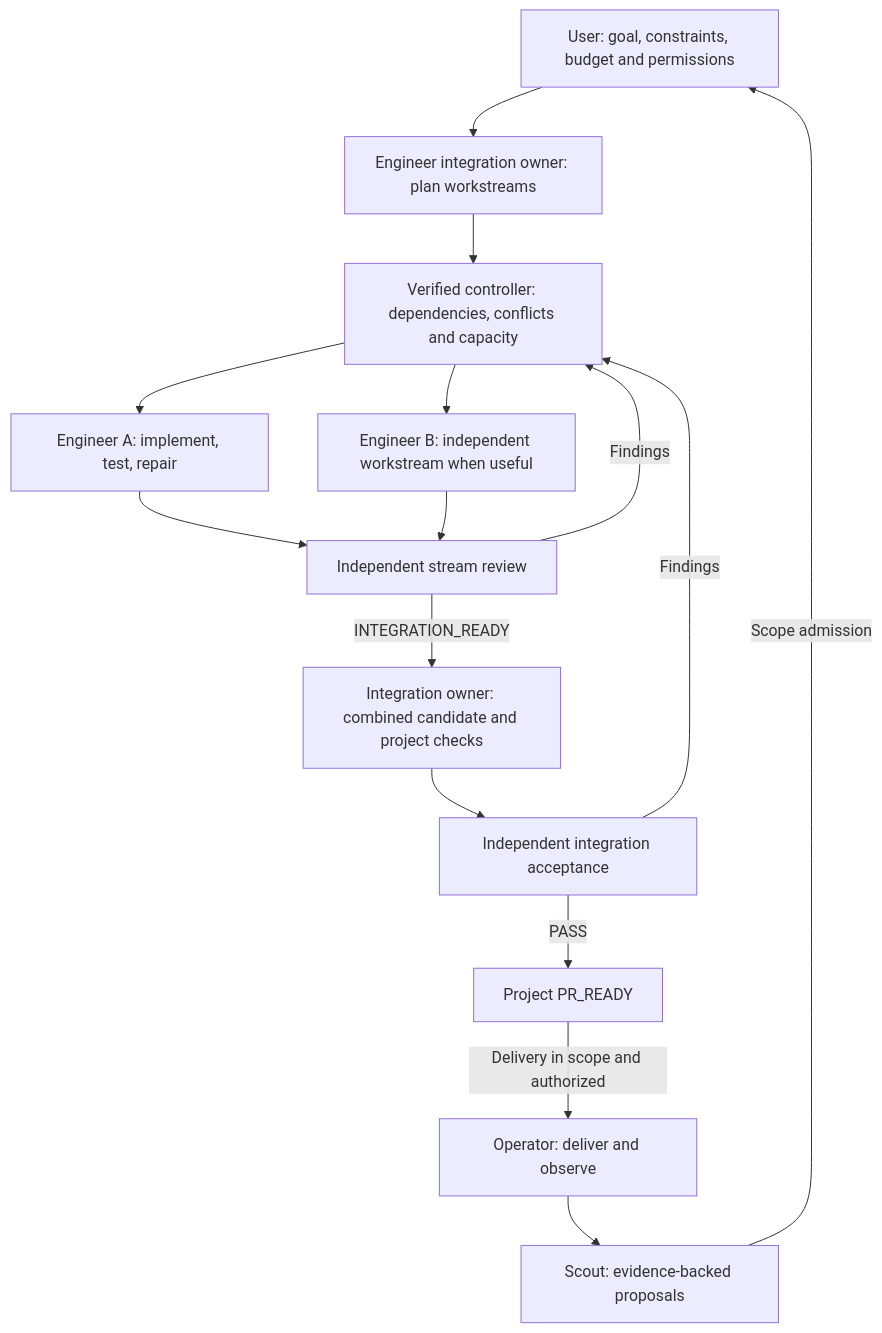
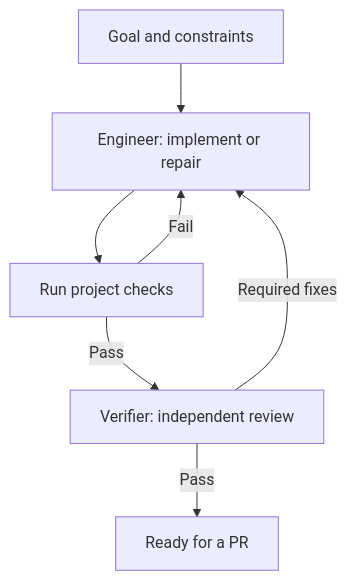
The diagram in README.md (daiyanze/surgical-dev), drawn with Mermaid before and after one commit. The commit also changed other lines of this file and 1 other file, not shown here.

````diff
--- a/README.md
+++ b/README.md
@@ -78,17 +32,9 @@
 ```mermaid
 flowchart TD
-    U["User: goal, constraints, budget and permissions"] --> P["Engineer integration owner: plan workstreams"]
-    S["Scout: evidence-backed proposals"] -->|Scope admission| U
-    P --> C["Verified controller: dependencies, conflicts and capacity"]
-    C --> E1["Engineer A: implement, test, repair"]
-    C --> E2["Engineer B: independent workstream when useful"]
-    E1 --> V["Independent stream review"]
-    E2 --> V
-    V -->|Findings| C
-    V -->|INTEGRATION_READY| I["Integration owner: combined candidate and project checks"]
-    I --> IV["Independent integration acceptance"]
-    IV -->|Findings| C
-    IV -->|PASS| R["Project PR_READY"]
-    R -->|Delivery in scope and authorized| O["Operator: deliver and observe"]
-    O --> S
+    G["Goal and constraints"] --> E["Engineer: implement or repair"]
+    E --> C["Run project checks"]
+    C -->|Fail| E
+    C -->|Pass| V["Verifier: independent review"]
+    V -->|Required fixes| E
+    V -->|Pass| R["Ready for a PR"]
 ```
````
